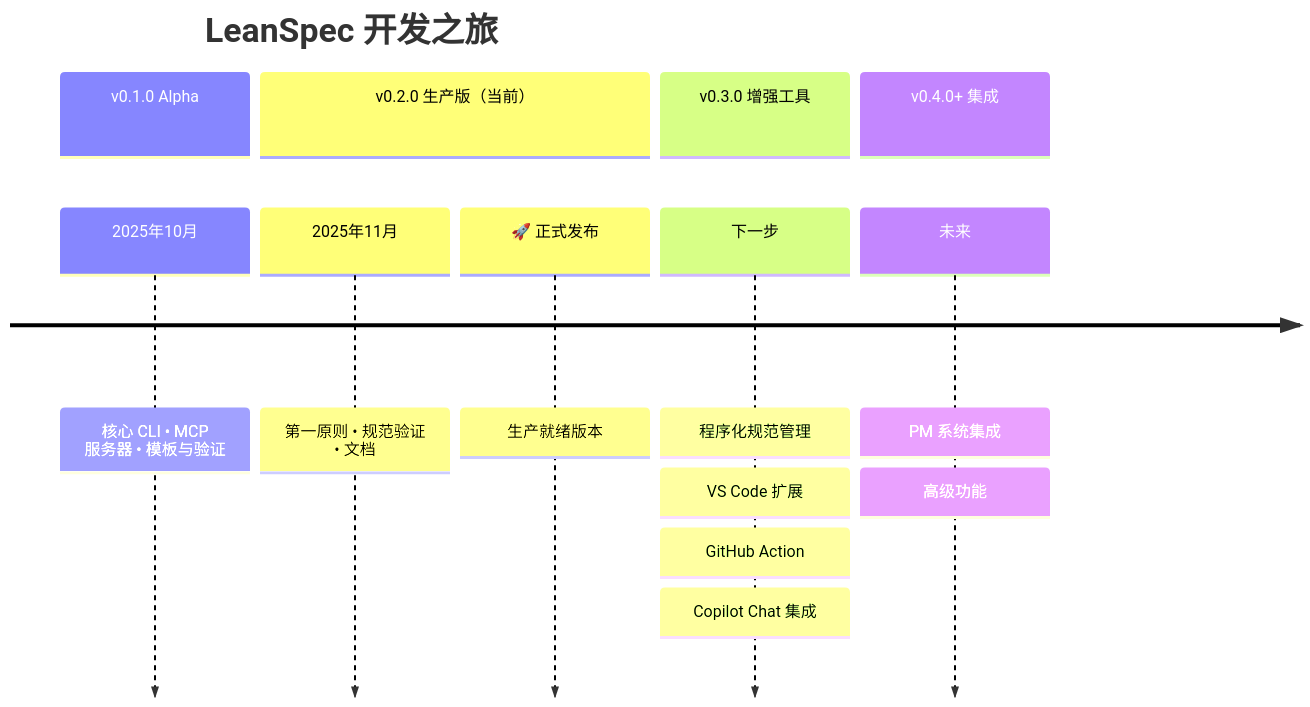
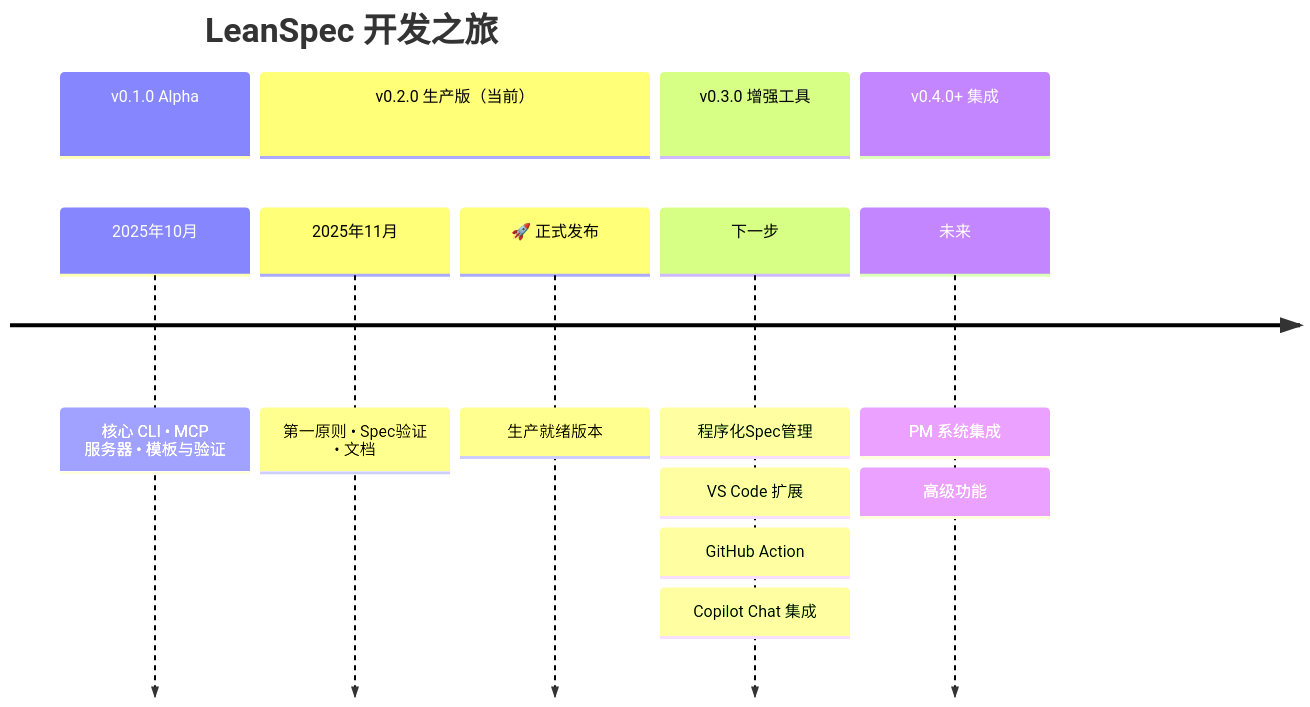
The first of 2 diagrams in i18n/zh-Hans/docusaurus-plugin-content-docs/current/roadmap.mdx (codervisor/lean-spec-docs), drawn with Mermaid before and after one commit. The commit also changed other lines of this file and 42 other files, not shown here.

````diff
--- a/i18n/zh-Hans/docusaurus-plugin-content-docs/current/roadmap.mdx
+++ b/i18n/zh-Hans/docusaurus-plugin-content-docs/current/roadmap.mdx
@@ -19,17 +19,17 @@
 ```mermaid
 timeline
     title LeanSpec 开发之旅
     section v0.1.0 Alpha
         2025年10月 : 核心 CLI • MCP 服务器 • 模板与验证
     section v0.2.0 生产版（当前）
-        2025年11月 : 第一原则 • 规范验证 • 文档
+        2025年11月 : 第一原则 • Spec验证 • 文档
         🚀 正式发布 : 生产就绪版本
     section v0.3.0 增强工具
-        下一步 : 程序化规范管理
+        下一步 : 程序化Spec管理
              : VS Code 扩展
              : GitHub Action
              : Copilot Chat 集成
     section v0.4.0+ 集成
         未来 : PM 系统集成
                : 高级功能
 ```
````
